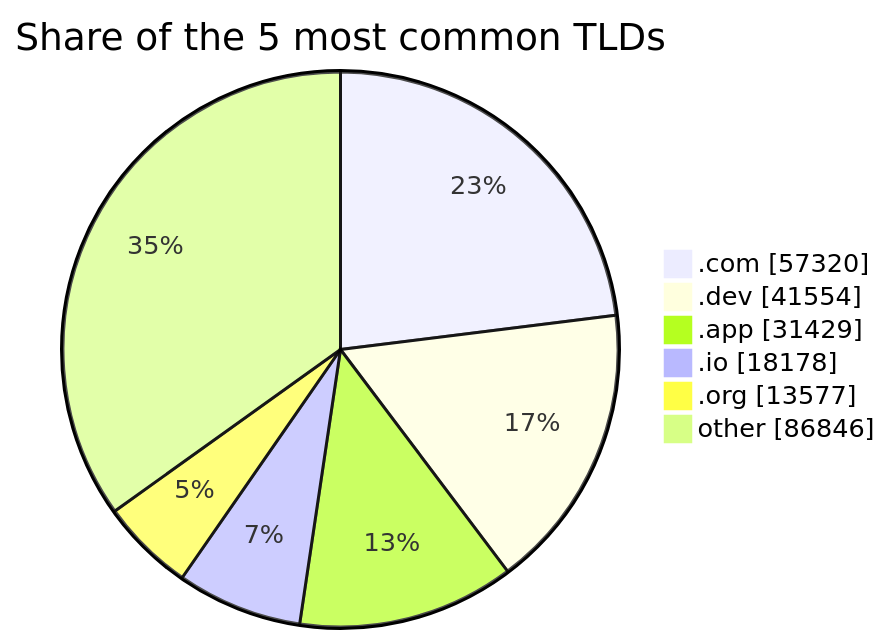
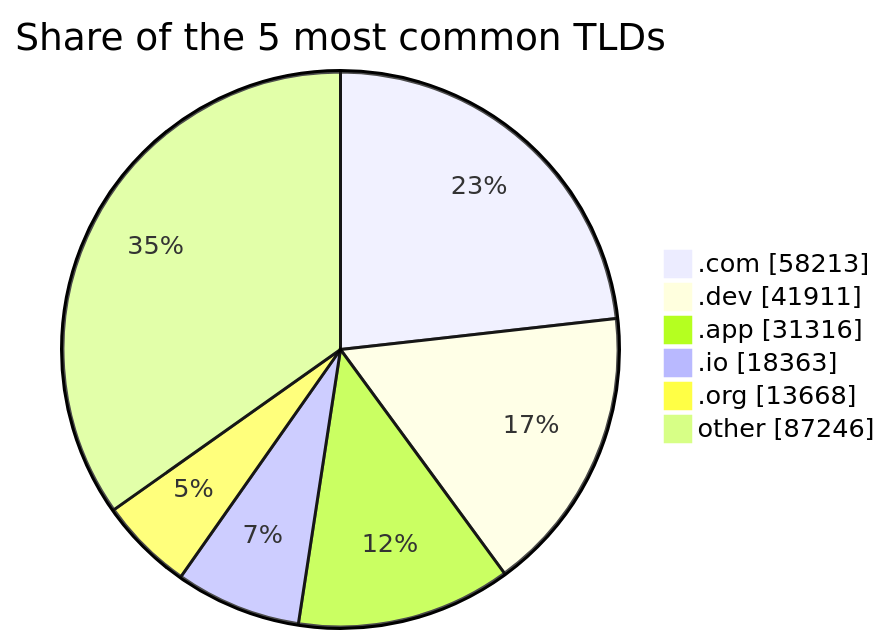
One commit to DNSBunker/CTI changed the second of 2 diagrams in README.md. Above: the diagram before and after it, drawn with Mermaid. The commit also changed other lines of this file and 3 other files, not shown here.

````diff
--- a/README.md
+++ b/README.md
@@ -72,9 +72,9 @@
 ```mermaid
 pie showData title Share of the 5 most common TLDs
-    ".com" : 57320
-    ".dev" : 41554
-    ".app" : 31429
-    ".io" : 18178
-    ".org" : 13577
-    "other" : 86846
+    ".com" : 58213
+    ".dev" : 41911
+    ".app" : 31316
+    ".io" : 18363
+    ".org" : 13668
+    "other" : 87246
 ```
````
